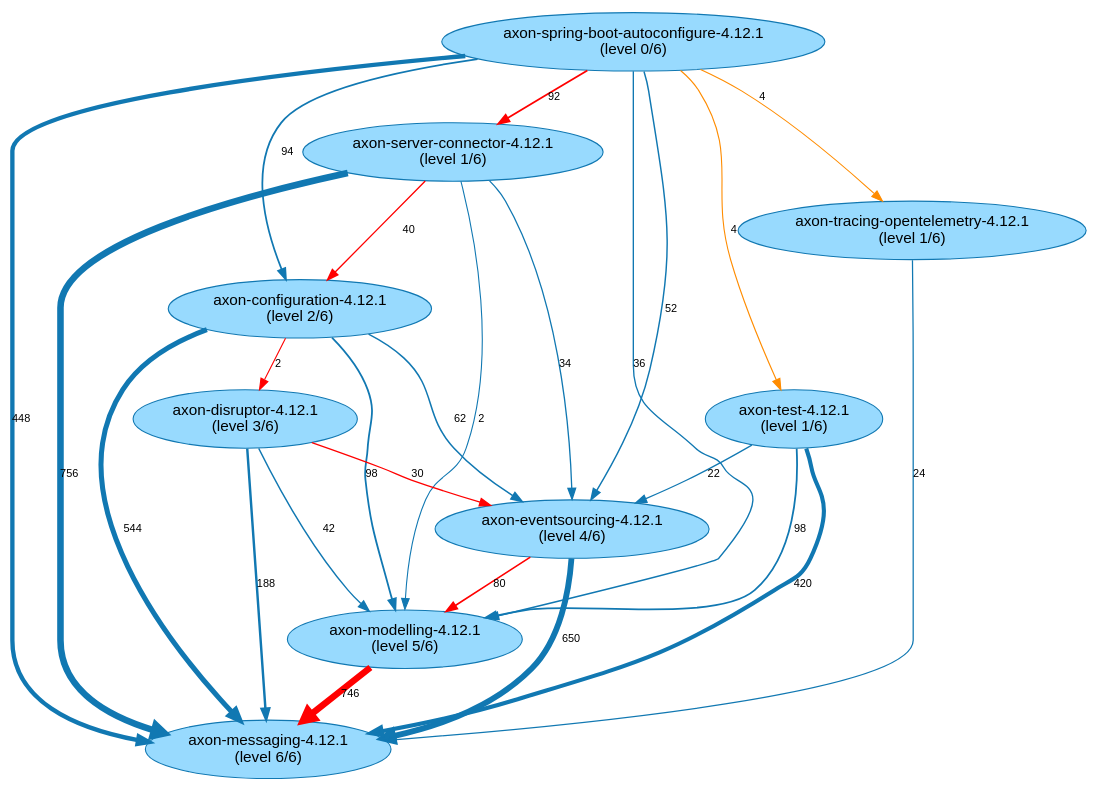
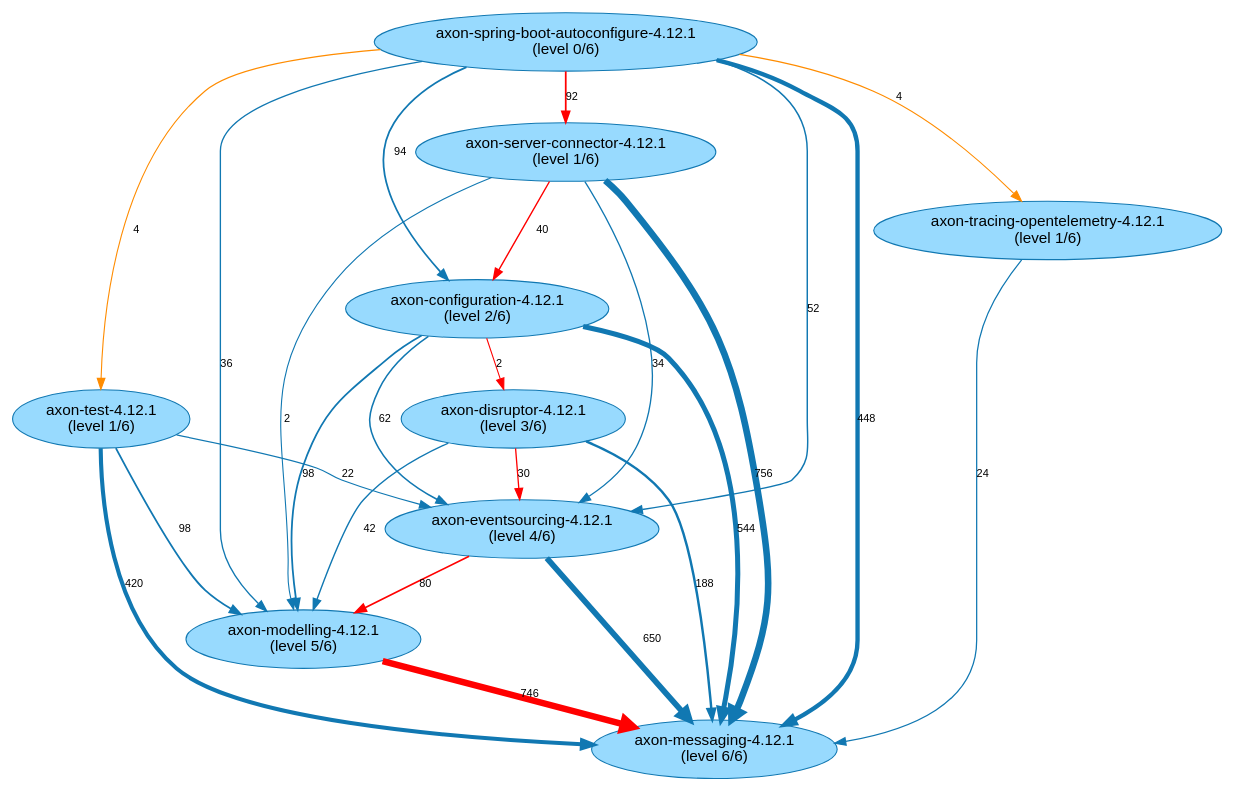
The diagram in analysis-results/AxonFramework/AxonFramework-4.12.1/path-finding-visualization/JavaArtifactLongestPaths.gv (JohT/code-graph-analysis-examples), drawn with Graphviz before and after one commit. The commit also changed other lines of this file and 833 other files, not shown here.

```diff
--- a/analysis-results/AxonFramework/AxonFramework-4.12.1/path-finding-visualization/JavaArtifactLongestPaths.gv
+++ b/analysis-results/AxonFramework/AxonFramework-4.12.1/path-finding-visualization/JavaArtifactLongestPaths.gv
@@ -1,37 +1,37 @@
 // This GraphViz dot file was generated by the script convertQueryResultCsvToGraphVizDotFile.sh with default.template
 
 strict digraph JavaArtifactLongestPaths {
     fontname = "Helvetica,Arial,sans-serif";
     node [fontname = "Helvetica,Arial,sans-serif";];
     edge [fontname = "Helvetica,Arial,sans-serif"; fontsize = 10;];
     node [style = filled; fillcolor = "0.560 0.400 0.999";];
     node [color = "0.560 0.900 0.700";];
     edge [color = "0.560 0.900 0.700";];
-	"axon-server-connector-4.12.1\n(level 1/6)" -> "axon-messaging-4.12.1\n(level 6/6)" [label=756; penwidth=6.0; ];
-	"axon-server-connector-4.12.1\n(level 1/6)" -> "axon-configuration-4.12.1\n(level 2/6)" [label=40; penwidth=1.25; color="red"; ];
-	"axon-server-connector-4.12.1\n(level 1/6)" -> "axon-eventsourcing-4.12.1\n(level 4/6)" [label=34; penwidth=1.21; ];
-	"axon-server-connector-4.12.1\n(level 1/6)" -> "axon-modelling-4.12.1\n(level 5/6)" [label=2; penwidth=1.0; ];
-	"axon-modelling-4.12.1\n(level 5/6)" -> "axon-messaging-4.12.1\n(level 6/6)" [label=746; penwidth=5.93; color="red"; ];
-	"axon-eventsourcing-4.12.1\n(level 4/6)" -> "axon-messaging-4.12.1\n(level 6/6)" [label=650; penwidth=5.3; ];
-	"axon-eventsourcing-4.12.1\n(level 4/6)" -> "axon-modelling-4.12.1\n(level 5/6)" [label=80; penwidth=1.52; color="red"; ];
-	"axon-spring-boot-autoconfigure-4.12.1\n(level 0/6)" -> "axon-messaging-4.12.1\n(level 6/6)" [label=448; penwidth=3.96; ];
-	"axon-spring-boot-autoconfigure-4.12.1\n(level 0/6)" -> "axon-eventsourcing-4.12.1\n(level 4/6)" [label=52; penwidth=1.33; ];
-	"axon-spring-boot-autoconfigure-4.12.1\n(level 0/6)" -> "axon-configuration-4.12.1\n(level 2/6)" [label=94; penwidth=1.61; ];
-	"axon-spring-boot-autoconfigure-4.12.1\n(level 0/6)" -> "axon-modelling-4.12.1\n(level 5/6)" [label=36; penwidth=1.23; ];
-	"axon-spring-boot-autoconfigure-4.12.1\n(level 0/6)" -> "axon-server-connector-4.12.1\n(level 1/6)" [label=92; penwidth=1.6; color="red"; ];
-	"axon-spring-boot-autoconfigure-4.12.1\n(level 0/6)" -> "axon-test-4.12.1\n(level 1/6)" [label=4; penwidth=1.01; ];
-	"axon-spring-boot-autoconfigure-4.12.1\n(level 0/6)" -> "axon-tracing-opentelemetry-4.12.1\n(level 1/6)" [label=4; penwidth=1.01; ];
-	"axon-tracing-opentelemetry-4.12.1\n(level 1/6)" -> "axon-messaging-4.12.1\n(level 6/6)" [label=24; penwidth=1.15; ];
-	"axon-disruptor-4.12.1\n(level 3/6)" -> "axon-modelling-4.12.1\n(level 5/6)" [label=42; penwidth=1.27; ];
-	"axon-disruptor-4.12.1\n(level 3/6)" -> "axon-messaging-4.12.1\n(level 6/6)" [label=188; penwidth=2.23; ];
-	"axon-disruptor-4.12.1\n(level 3/6)" -> "axon-eventsourcing-4.12.1\n(level 4/6)" [label=30; penwidth=1.19; color="red"; ];
 	"axon-configuration-4.12.1\n(level 2/6)" -> "axon-messaging-4.12.1\n(level 6/6)" [label=544; penwidth=4.59; ];
 	"axon-configuration-4.12.1\n(level 2/6)" -> "axon-eventsourcing-4.12.1\n(level 4/6)" [label=62; penwidth=1.4; ];
 	"axon-configuration-4.12.1\n(level 2/6)" -> "axon-modelling-4.12.1\n(level 5/6)" [label=98; penwidth=1.64; ];
 	"axon-configuration-4.12.1\n(level 2/6)" -> "axon-disruptor-4.12.1\n(level 3/6)" [label=2; penwidth=1.0; color="red"; ];
+	"axon-test-4.12.1\n(level 1/6)" -> "axon-modelling-4.12.1\n(level 5/6)" [label=98; penwidth=1.64; ];
 	"axon-test-4.12.1\n(level 1/6)" -> "axon-messaging-4.12.1\n(level 6/6)" [label=420; penwidth=3.77; ];
-	"axon-test-4.12.1\n(level 1/6)" -> "axon-modelling-4.12.1\n(level 5/6)" [label=98; penwidth=1.64; ];
 	"axon-test-4.12.1\n(level 1/6)" -> "axon-eventsourcing-4.12.1\n(level 4/6)" [label=22; penwidth=1.13; ];
+	"axon-server-connector-4.12.1\n(level 1/6)" -> "axon-messaging-4.12.1\n(level 6/6)" [label=756; penwidth=6.0; ];
+	"axon-server-connector-4.12.1\n(level 1/6)" -> "axon-eventsourcing-4.12.1\n(level 4/6)" [label=34; penwidth=1.21; ];
+	"axon-server-connector-4.12.1\n(level 1/6)" -> "axon-configuration-4.12.1\n(level 2/6)" [label=40; penwidth=1.25; color="red"; ];
+	"axon-server-connector-4.12.1\n(level 1/6)" -> "axon-modelling-4.12.1\n(level 5/6)" [label=2; penwidth=1.0; ];
+	"axon-eventsourcing-4.12.1\n(level 4/6)" -> "axon-messaging-4.12.1\n(level 6/6)" [label=650; penwidth=5.3; ];
+	"axon-eventsourcing-4.12.1\n(level 4/6)" -> "axon-modelling-4.12.1\n(level 5/6)" [label=80; penwidth=1.52; color="red"; ];
+	"axon-spring-boot-autoconfigure-4.12.1\n(level 0/6)" -> "axon-server-connector-4.12.1\n(level 1/6)" [label=92; penwidth=1.6; color="red"; ];
+	"axon-spring-boot-autoconfigure-4.12.1\n(level 0/6)" -> "axon-configuration-4.12.1\n(level 2/6)" [label=94; penwidth=1.61; ];
+	"axon-spring-boot-autoconfigure-4.12.1\n(level 0/6)" -> "axon-messaging-4.12.1\n(level 6/6)" [label=448; penwidth=3.96; ];
+	"axon-spring-boot-autoconfigure-4.12.1\n(level 0/6)" -> "axon-test-4.12.1\n(level 1/6)" [label=4; penwidth=1.01; ];
+	"axon-spring-boot-autoconfigure-4.12.1\n(level 0/6)" -> "axon-eventsourcing-4.12.1\n(level 4/6)" [label=52; penwidth=1.33; ];
+	"axon-spring-boot-autoconfigure-4.12.1\n(level 0/6)" -> "axon-modelling-4.12.1\n(level 5/6)" [label=36; penwidth=1.23; ];
+	"axon-spring-boot-autoconfigure-4.12.1\n(level 0/6)" -> "axon-tracing-opentelemetry-4.12.1\n(level 1/6)" [label=4; penwidth=1.01; ];
+	"axon-tracing-opentelemetry-4.12.1\n(level 1/6)" -> "axon-messaging-4.12.1\n(level 6/6)" [label=24; penwidth=1.15; ];
+	"axon-modelling-4.12.1\n(level 5/6)" -> "axon-messaging-4.12.1\n(level 6/6)" [label=746; penwidth=5.93; color="red"; ];
+	"axon-disruptor-4.12.1\n(level 3/6)" -> "axon-messaging-4.12.1\n(level 6/6)" [label=188; penwidth=2.23; ];
+	"axon-disruptor-4.12.1\n(level 3/6)" -> "axon-modelling-4.12.1\n(level 5/6)" [label=42; penwidth=1.27; ];
+	"axon-disruptor-4.12.1\n(level 3/6)" -> "axon-eventsourcing-4.12.1\n(level 4/6)" [label=30; penwidth=1.19; color="red"; ];
+	"axon-spring-boot-autoconfigure-4.12.1\n(level 0/6)" -> "axon-test-4.12.1\n(level 1/6)" [label=4; penwidth=1.01; color="darkorange"; ];
 	"axon-spring-boot-autoconfigure-4.12.1\n(level 0/6)" -> "axon-tracing-opentelemetry-4.12.1\n(level 1/6)" [label=4; penwidth=1.01; color="darkorange"; ];
-	"axon-spring-boot-autoconfigure-4.12.1\n(level 0/6)" -> "axon-test-4.12.1\n(level 1/6)" [label=4; penwidth=1.01; color="darkorange"; ];
 }
```
